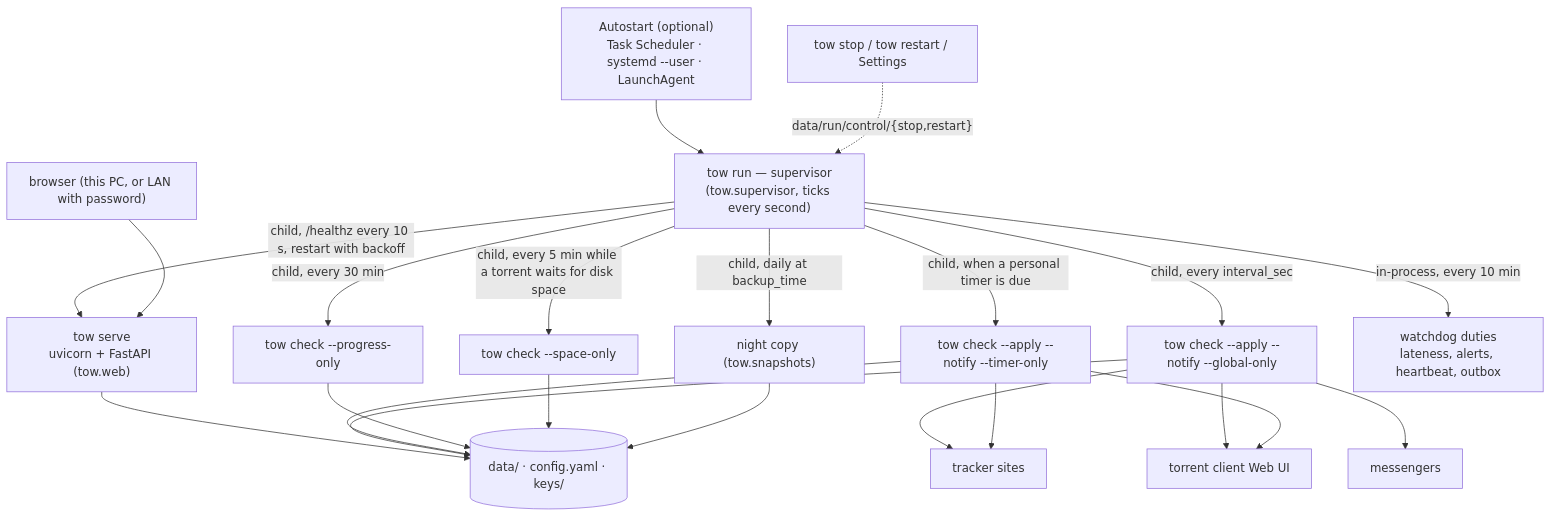
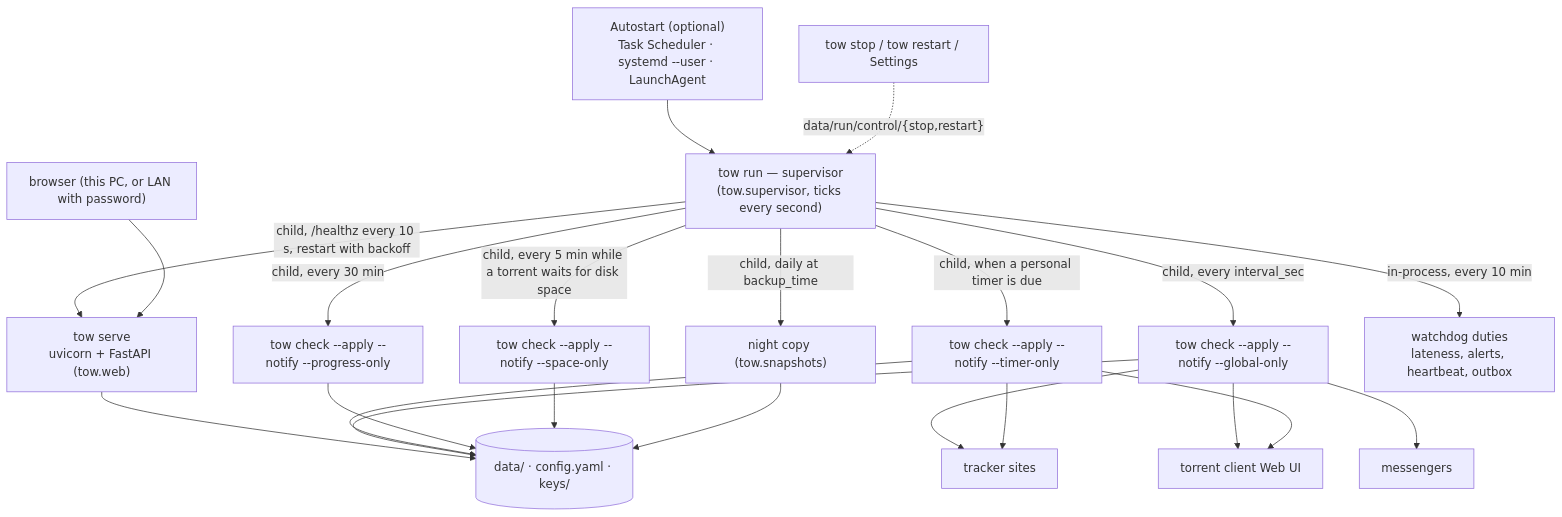
One commit to d0j/tow changed the diagram in docs/architecture.md. Above: the diagram before and after it, drawn with Mermaid. The commit also changed other lines of this file and 2 other files, not shown here.

Commit message:
docs: architecture, roadmap and AGENTS follow the code
The diagram showed the progress and space passes as read-only checks (the
supervisor starts them with --apply --notify); SIGHUP and Ctrl+Break stop
tow run like SIGTERM; the check package also has space and rows; the suite
has over 7,400 tests; and an update cannot go below v1.23.0 once v1.23 has
written the data (update.py STATE_FORMAT_SINCE).

````diff
--- a/docs/architecture.md
+++ b/docs/architecture.md
@@ -9,25 +9,25 @@
 ```mermaid
 flowchart TD
     OS["Autostart (optional)<br/>Task Scheduler · systemd --user · LaunchAgent"] --> RUN
     CLI["tow stop / tow restart / Settings"] -. "data/run/control/{stop,restart}" .-> RUN
     RUN["tow run — supervisor<br/>(tow.supervisor, ticks every second)"]
     RUN -->|child, /healthz every 10 s, restart with backoff| SERVE["tow serve<br/>uvicorn + FastAPI (tow.web)"]
     RUN -->|child, every interval_sec| CHECK["tow check --apply --notify --global-only"]
     RUN -->|child, when a personal timer is due| TIMER["tow check --apply --notify --timer-only"]
-    RUN -->|child, every 30 min| PROG["tow check --progress-only"]
-    RUN -->|child, every 5 min while a torrent waits for disk space| SPACE["tow check --space-only"]
+    RUN -->|child, every 30 min| PROG["tow check --apply --notify --progress-only"]
+    RUN -->|child, every 5 min while a torrent waits for disk space| SPACE["tow check --apply --notify --space-only"]
     RUN -->|child, daily at backup_time| NIGHT["night copy (tow.snapshots)"]
     RUN -->|in-process, every 10 min| WD["watchdog duties<br/>lateness, alerts, heartbeat, outbox"]
     SERVE --> DATA[("data/ · config.yaml · keys/")]
     CHECK --> DATA
     TIMER --> DATA
     PROG --> DATA
     SPACE --> DATA
     NIGHT --> DATA
     CHECK --> TRK["tracker sites"]
     TIMER --> TRK
     CHECK --> CL["torrent client Web UI"]
     TIMER --> CL
     CHECK --> MSG["messengers"]
     BROWSER["browser (this PC, or LAN with password)"] --> SERVE
 ```
````
